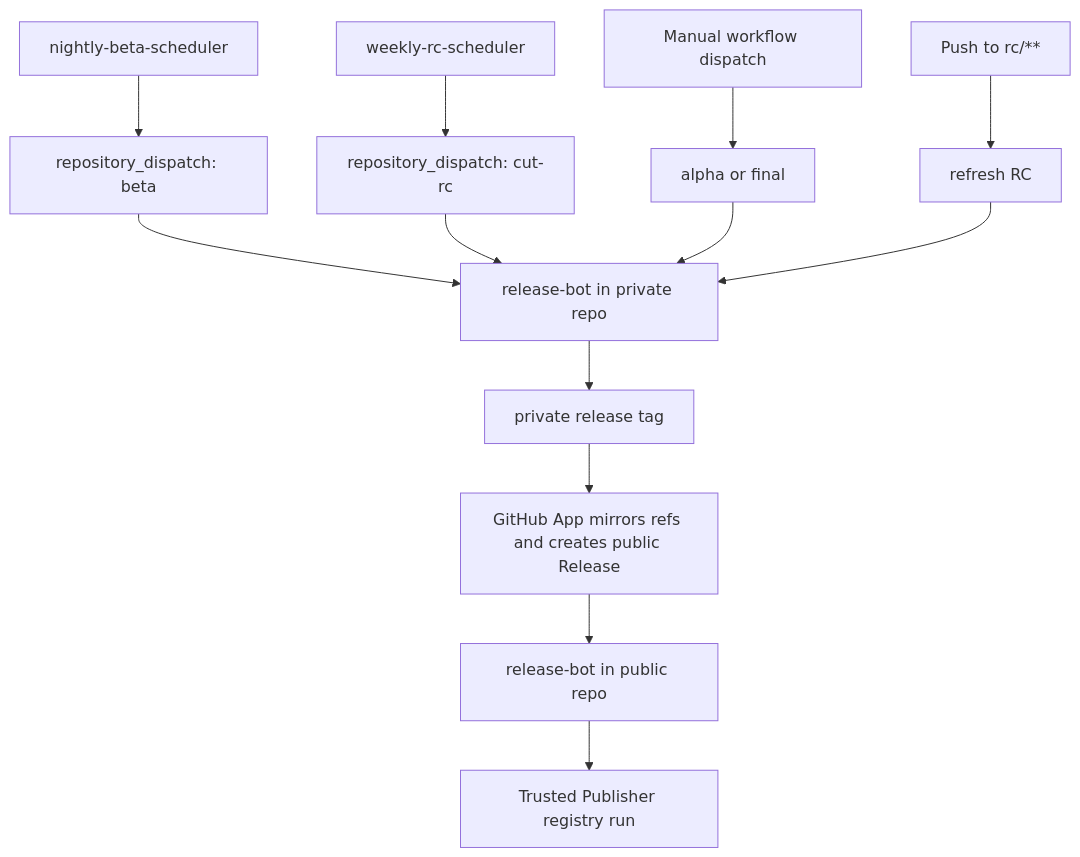
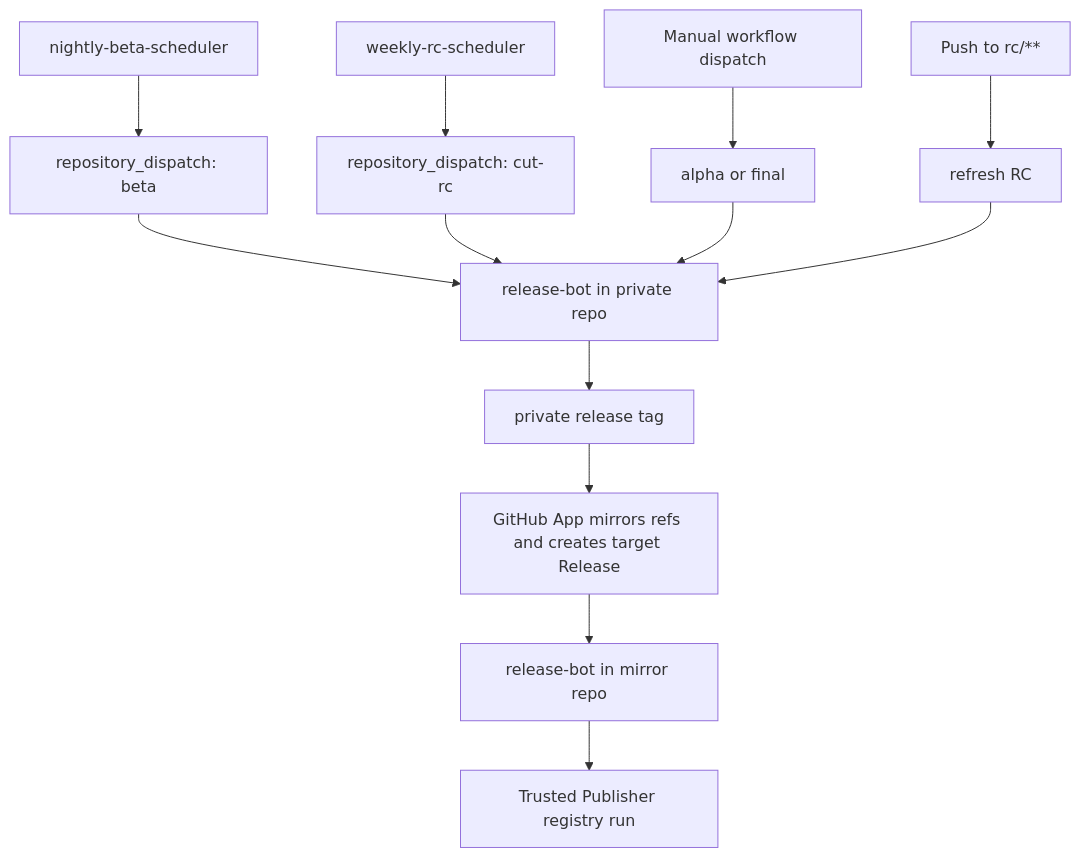
Before and after one commit to loomb-oai/test-public-repo: the diagram in README.md, drawn with Mermaid. The commit also changed other lines of this file and 2 other files, not shown here.

Commit message:
feat: mirror releases with github app

````diff
--- a/README.md
+++ b/README.md
@@ -84,15 +98,15 @@
 ```mermaid
 flowchart TD
   A["nightly-beta-scheduler"] --> C["repository_dispatch: beta"]
   B["weekly-rc-scheduler"] --> D["repository_dispatch: cut-rc"]
   E["Manual workflow dispatch"] --> F["alpha or final"]
   G["Push to rc/**"] --> H["refresh RC"]
   C --> I["release-bot in private repo"]
   D --> I
   F --> I
   H --> I
   I --> J["private release tag"]
-  J --> K["GitHub App mirrors refs and creates public Release"]
-  K --> L["release-bot in public repo"]
+  J --> K["GitHub App mirrors refs and creates target Release"]
+  K --> L["release-bot in mirror repo"]
   L --> M["Trusted Publisher registry run"]
 ```
````
